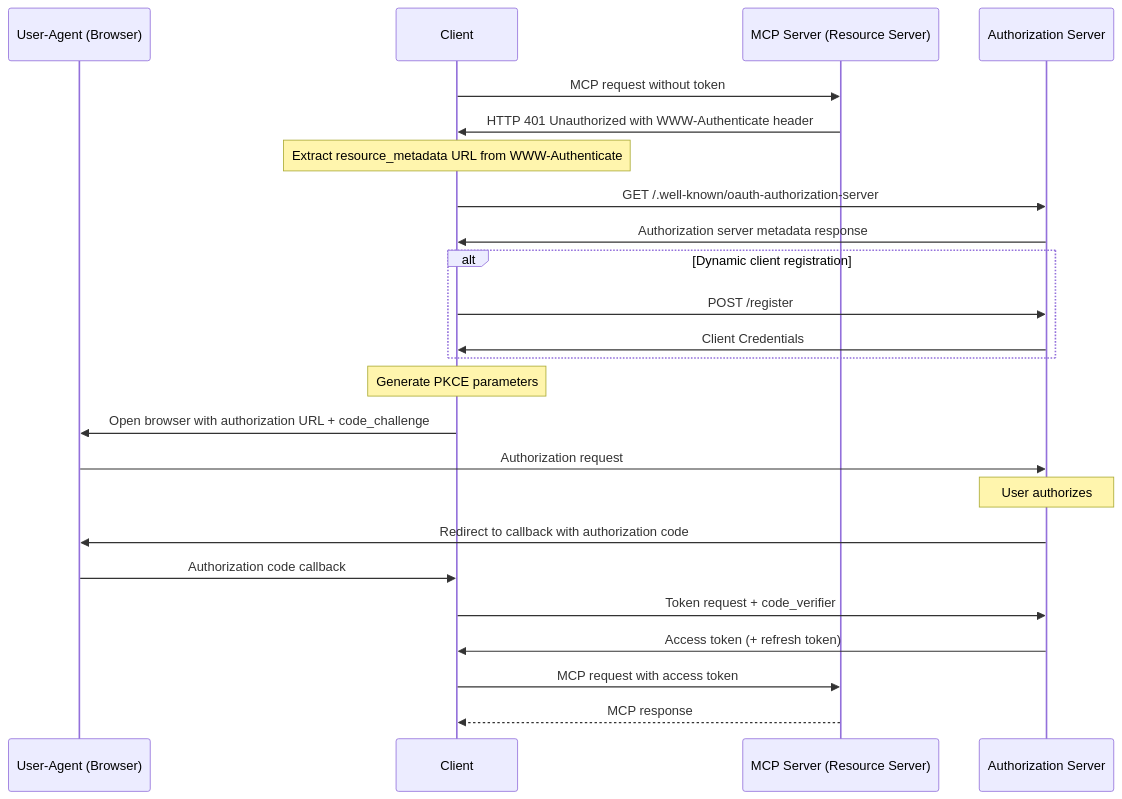
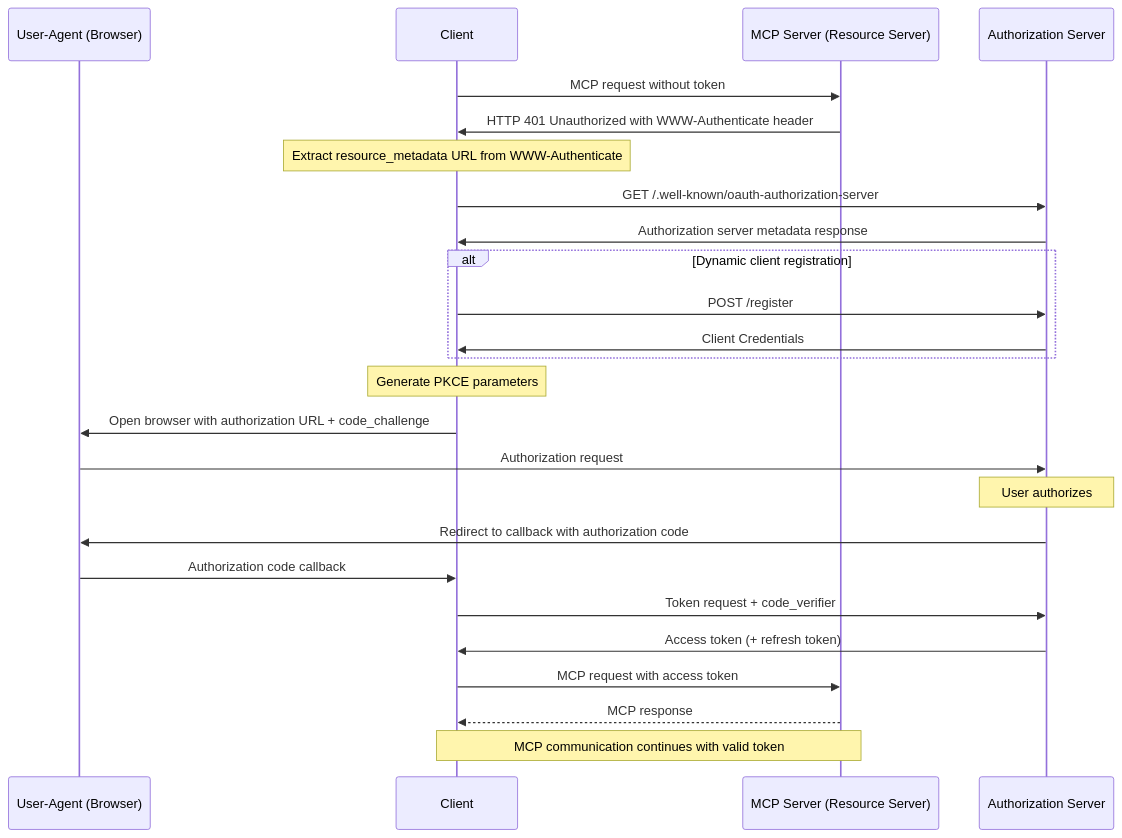
Before and after one commit to enclawed/omcp: the second of 2 diagrams in docs/specification/draft/basic/authorization.mdx, drawn with Mermaid. The commit also changed other lines of this file, not shown here.

````diff
--- a/docs/specification/draft/basic/authorization.mdx
+++ b/docs/specification/draft/basic/authorization.mdx
@@ -174,30 +175,31 @@
 ```mermaid
 sequenceDiagram
     participant B as User-Agent (Browser)
     participant C as Client
     participant M as MCP Server (Resource Server)
     participant A as Authorization Server
 
     C->>M: MCP request without token
     M->>C: HTTP 401 Unauthorized with WWW-Authenticate header
     Note over C: Extract resource_metadata URL from WWW-Authenticate
 
     C->>A: GET /.well-known/oauth-authorization-server
     A->>C: Authorization server metadata response
 
     alt Dynamic client registration
         C->>A: POST /register
         A->>C: Client Credentials
     end
 
     Note over C: Generate PKCE parameters
     C->>B: Open browser with authorization URL + code_challenge
     B->>A: Authorization request
     Note over A: User authorizes
     A->>B: Redirect to callback with authorization code
     B->>C: Authorization code callback
     C->>A: Token request + code_verifier
     A->>C: Access token (+ refresh token)
     C->>M: MCP request with access token
     M-->>C: MCP response
+    Note over C,M: MCP communication continues with valid token
 ```
````
